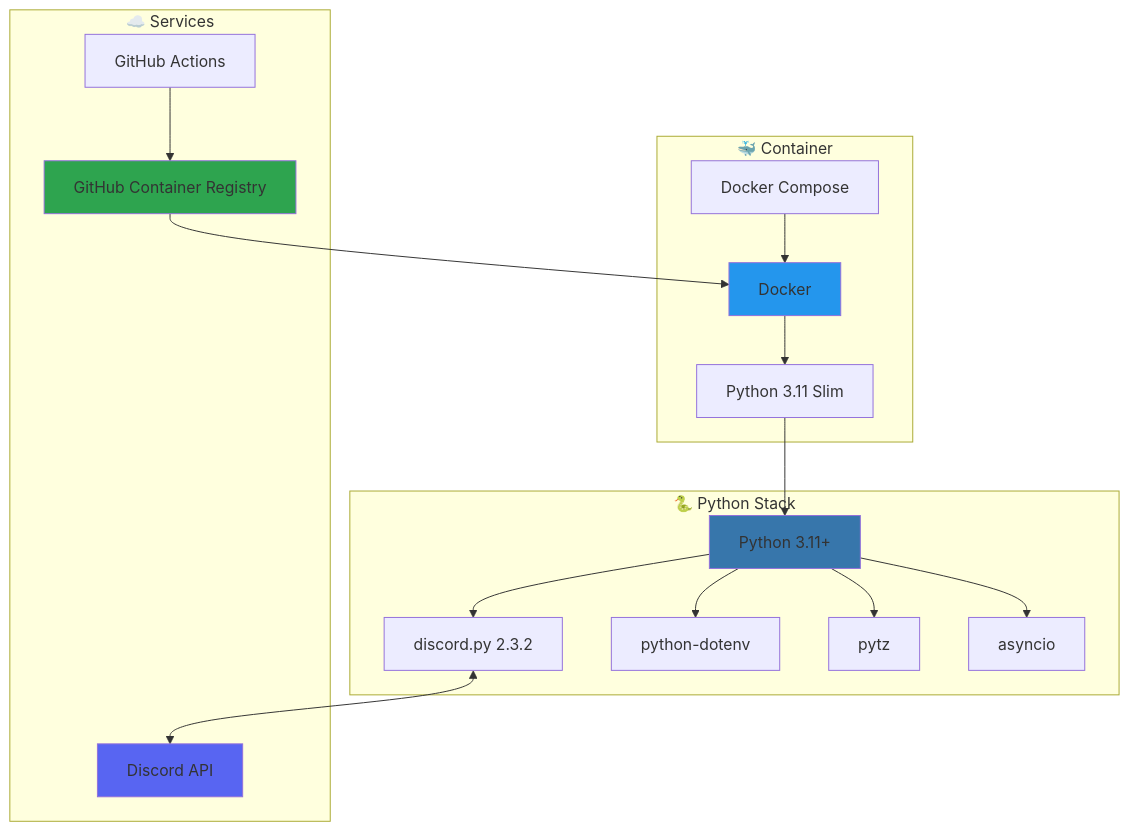
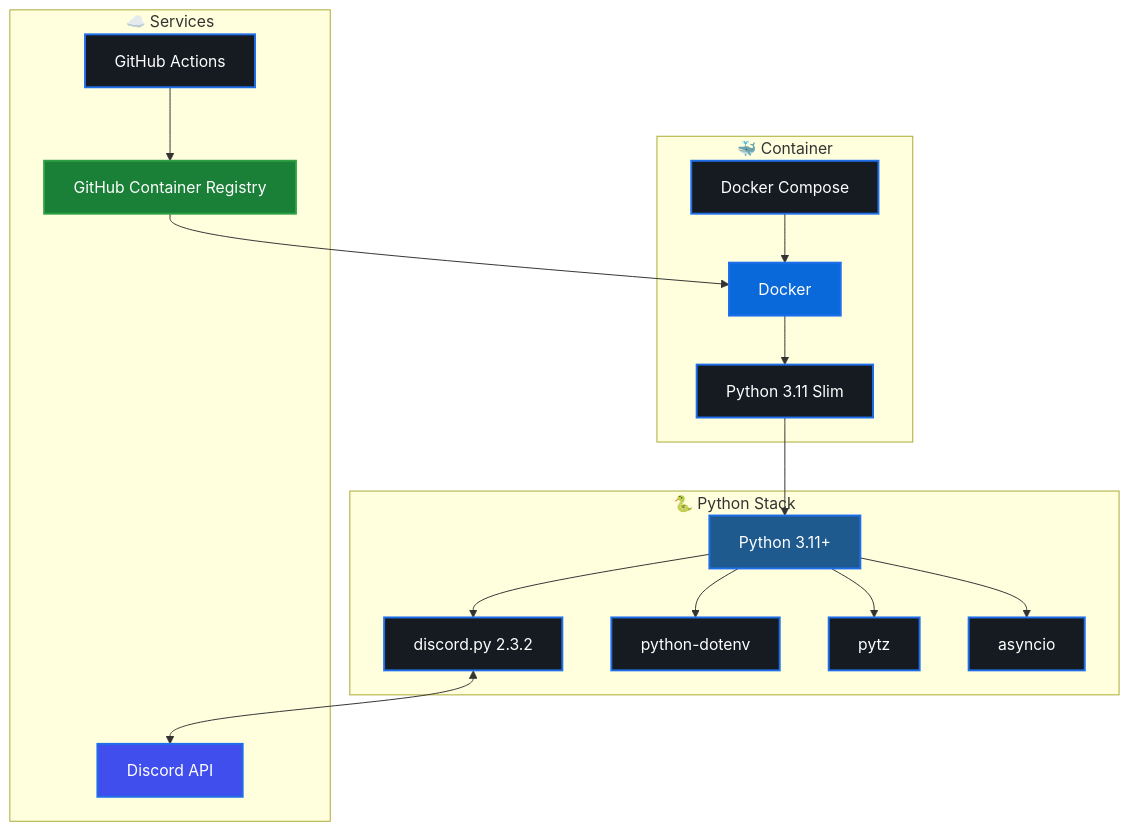
Before and after one commit to Kiwi41/discord-plateau-bot: the third of 3 diagrams in README.md, drawn with Mermaid. The commit also changed other lines of this file and 8 other files, not shown here.

Commit message:
docs: Improve Mermaid diagrams visibility for dark theme

````diff
--- a/README.md
+++ b/README.md
@@ -126,40 +133,47 @@
 ```mermaid
 graph TB
     subgraph "🐍 Python Stack"
         PY[Python 3.11+]
         DPY[discord.py 2.3.2]
         DOTENV[python-dotenv]
         PYTZ[pytz]
         ASYNC[asyncio]
     end
     
     subgraph "🐳 Container"
         DOCKER[Docker]
         COMPOSE[Docker Compose]
         ALPINE[Python 3.11 Slim]
     end
     
     subgraph "☁️ Services"
         DISCORD[Discord API]
         GHCR[GitHub Container Registry]
         GA[GitHub Actions]
     end
     
     PY --> DPY
     PY --> DOTENV
     PY --> PYTZ
     PY --> ASYNC
     
     DOCKER --> ALPINE
     COMPOSE --> DOCKER
     ALPINE --> PY
     
     DPY <--> DISCORD
     GA --> GHCR
     GHCR --> DOCKER
     
-    style PY fill:#3776ab
-    style DOCKER fill:#2496ed
-    style DISCORD fill:#5865F2
-    style GHCR fill:#2ea44f
+    style PY fill:#1e5a8e,stroke:#1f6feb,stroke-width:2px,color:#fff
+    style DPY fill:#161b22,stroke:#1f6feb,stroke-width:2px,color:#fff
+    style DOTENV fill:#161b22,stroke:#1f6feb,stroke-width:2px,color:#fff
+    style PYTZ fill:#161b22,stroke:#1f6feb,stroke-width:2px,color:#fff
+    style ASYNC fill:#161b22,stroke:#1f6feb,stroke-width:2px,color:#fff
+    style DOCKER fill:#0969da,stroke:#1f6feb,stroke-width:2px,color:#fff
+    style COMPOSE fill:#161b22,stroke:#1f6feb,stroke-width:2px,color:#fff
+    style ALPINE fill:#161b22,stroke:#1f6feb,stroke-width:2px,color:#fff
+    style DISCORD fill:#404eed,stroke:#1f6feb,stroke-width:2px,color:#fff
+    style GHCR fill:#1a7f37,stroke:#2ea043,stroke-width:2px,color:#fff
+    style GA fill:#161b22,stroke:#1f6feb,stroke-width:2px,color:#fff
 ```
````
